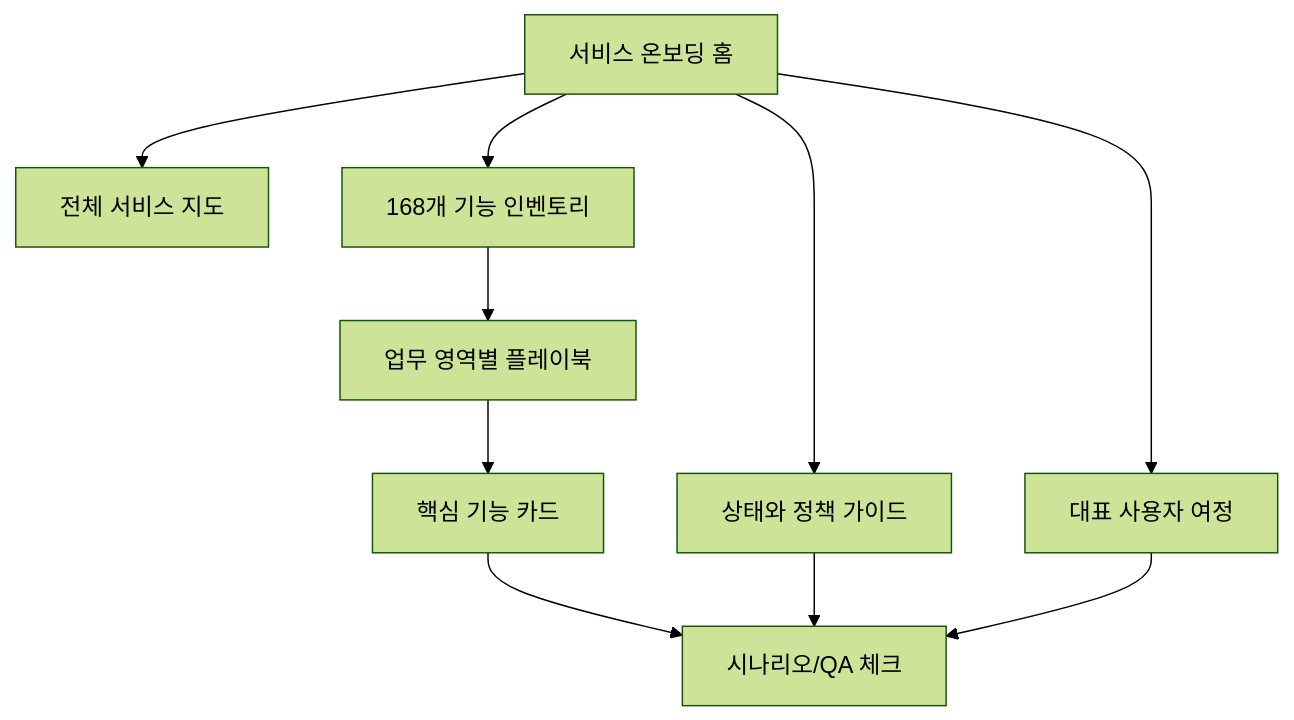
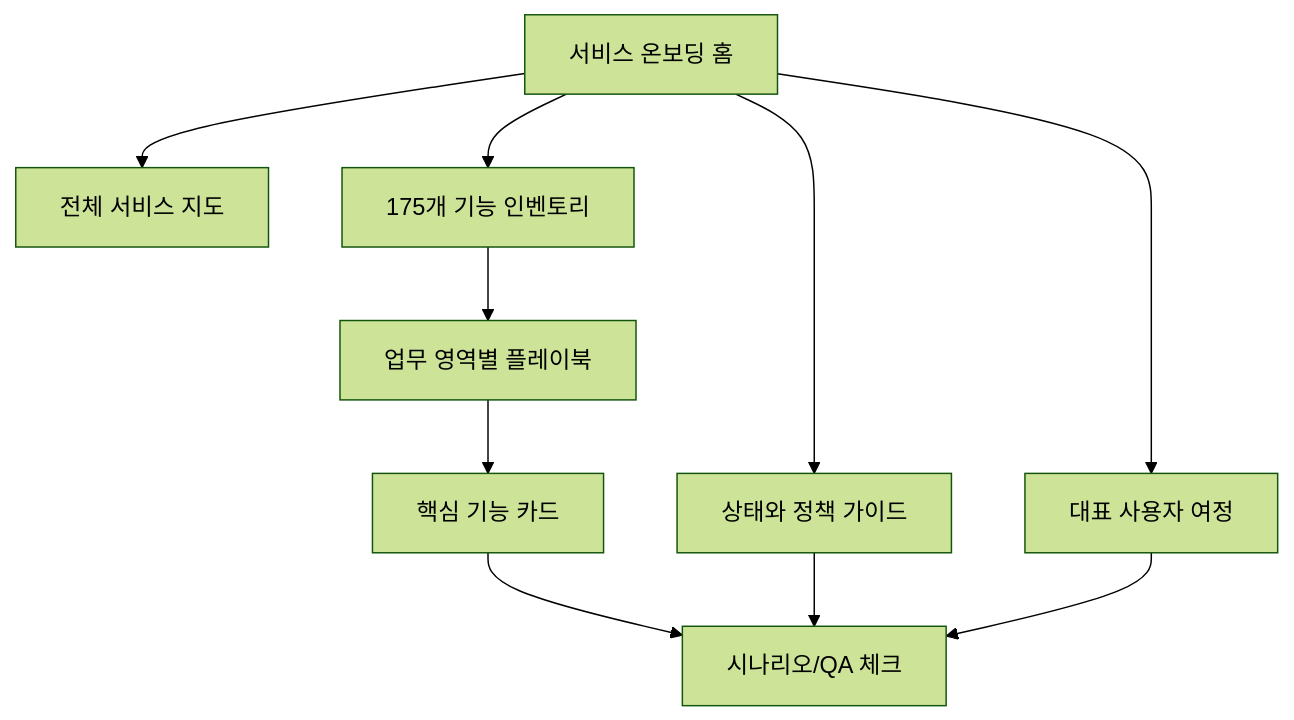
The second of 2 diagrams in prd/00_prd_items/11_qa_acceptance_criteria.md (endside82/business_logic), drawn with Mermaid (forest theme) before and after one commit. The commit also changed other lines of this file and 49 other files, not shown here.

````diff
--- a/prd/00_prd_items/11_qa_acceptance_criteria.md
+++ b/prd/00_prd_items/11_qa_acceptance_criteria.md
@@ -163,12 +163,12 @@
 ```mermaid
 flowchart TD
     A["서비스 온보딩 홈"] --> B["전체 서비스 지도"]
-    A --> C["168개 기능 인벤토리"]
+    A --> C["175개 기능 인벤토리"]
     A --> D["대표 사용자 여정"]
     A --> E["상태와 정책 가이드"]
     C --> F["업무 영역별 플레이북"]
     F --> G["핵심 기능 카드"]
     G --> H["시나리오/QA 체크"]
     E --> H
     D --> H
 ```
````
